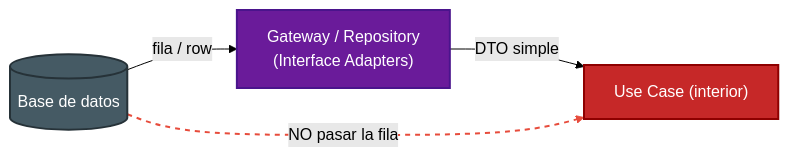
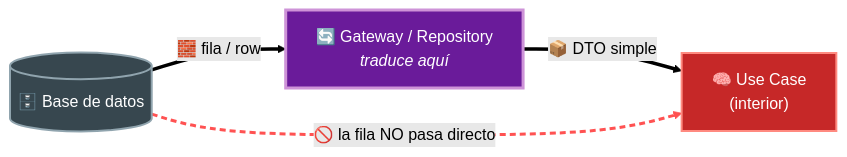
Before and after one commit to JavierMachucaA/clean-architecture-guia: the third of 5 diagrams in 08-la-arquitectura-limpia/04-datos-que-cruzan-fronteras.md, drawn with Mermaid (forest theme). The commit also changed other lines of this file and 45 other files, not shown here.

````diff
--- a/08-la-arquitectura-limpia/04-datos-que-cruzan-fronteras.md
+++ b/08-la-arquitectura-limpia/04-datos-que-cruzan-fronteras.md
@@ -26,12 +50,12 @@
 ```mermaid
 flowchart LR
-    DB[("Base de datos")] -->|"fila / row"| REPO["Gateway / Repository<br/>(Interface Adapters)"]
-    REPO -->|"DTO simple"| UC["Use Case (interior)"]
+    DB[("🗄️ Base de datos")] ==>|"🧱 fila / row"| REPO["🔄 Gateway / Repository<br/><i>traduce aquí</i>"]
+    REPO ==>|"📦 DTO simple"| UC["🧠 Use Case<br/>(interior)"]
 
-    DB -. "NO pasar la fila" .-> UC
+    DB -. "🚫 la fila NO pasa directo" .-> UC
 
-    style DB fill:#455a64,stroke:#263238,stroke-width:2px,color:#fff
-    style REPO fill:#6a1b9a,stroke:#4a148c,stroke-width:2px,color:#fff
-    style UC fill:#c62828,stroke:#8e0000,stroke-width:2px,color:#fff
-    linkStyle 2 stroke:#e74c3c,stroke-width:2px,stroke-dasharray:5 5
+    style DB fill:#37474f,stroke:#90a4ae,stroke-width:2px,color:#fff
+    style REPO fill:#6a1b9a,stroke:#ce93d8,stroke-width:3px,color:#fff
+    style UC fill:#c62828,stroke:#ff8a80,stroke-width:2px,color:#fff
+    linkStyle 2 stroke:#ff5252,stroke-width:3px,stroke-dasharray:6 4
 ```
````
